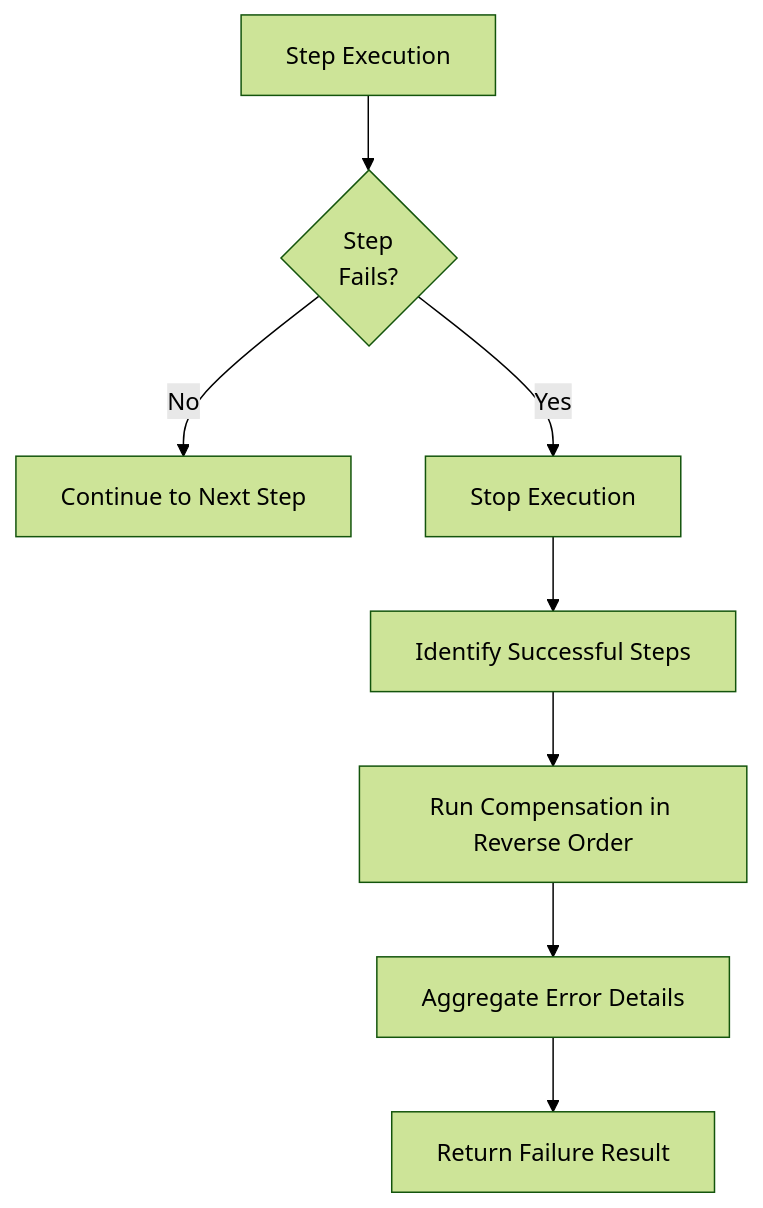
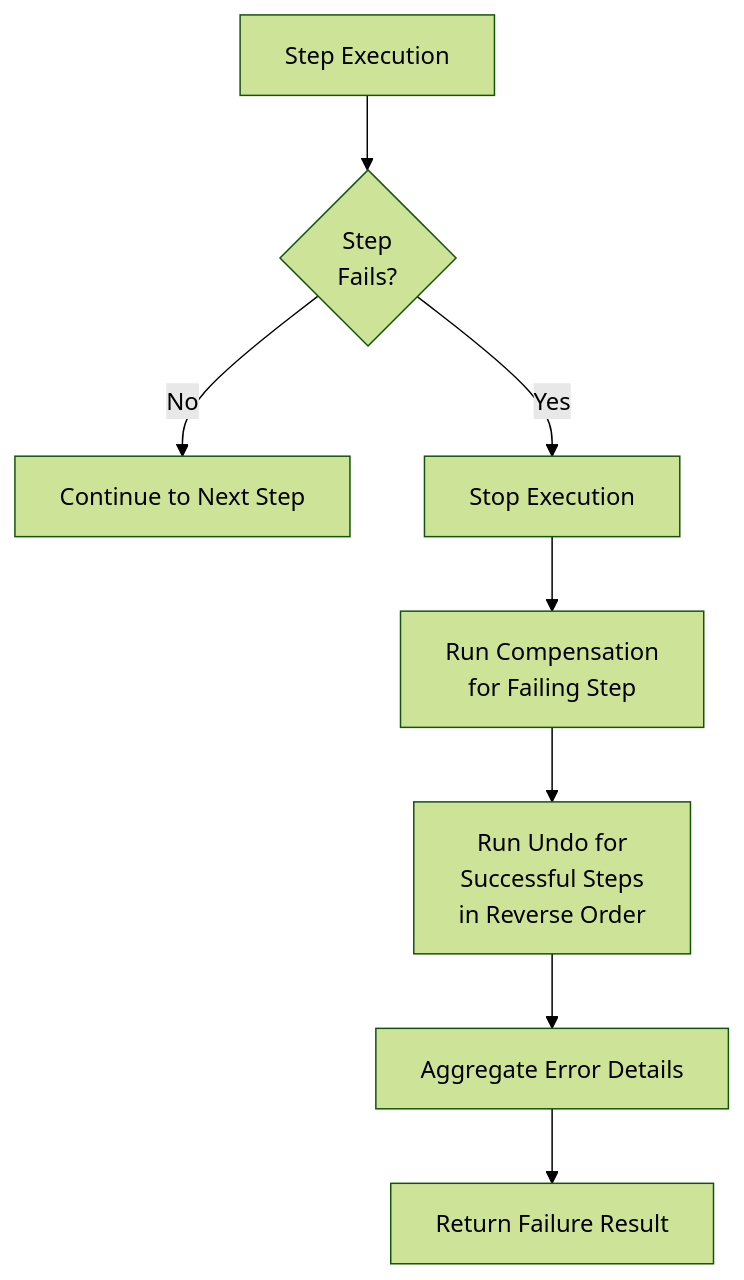
The third of 3 diagrams in docs/core_concepts.md (arturictus/ruby_reactor), drawn with Mermaid (forest theme) before and after one commit. The commit also changed other lines of this file and 13 other files, not shown here.

````diff
--- a/docs/core_concepts.md
+++ b/docs/core_concepts.md
@@ -342,10 +489,10 @@
 ```mermaid
 graph TD
     A[Step Execution] --> B{Step<br/>Fails?}
     B -->|No| C[Continue to Next Step]
     B -->|Yes| D[Stop Execution]
-    D --> E[Identify Successful Steps]
-    E --> F[Run Compensation in Reverse Order]
+    D --> E[Run Compensation<br/>for Failing Step]
+    E --> F[Run Undo for<br/>Successful Steps<br/>in Reverse Order]
     F --> G[Aggregate Error Details]
     G --> H[Return Failure Result]
 ```
````
